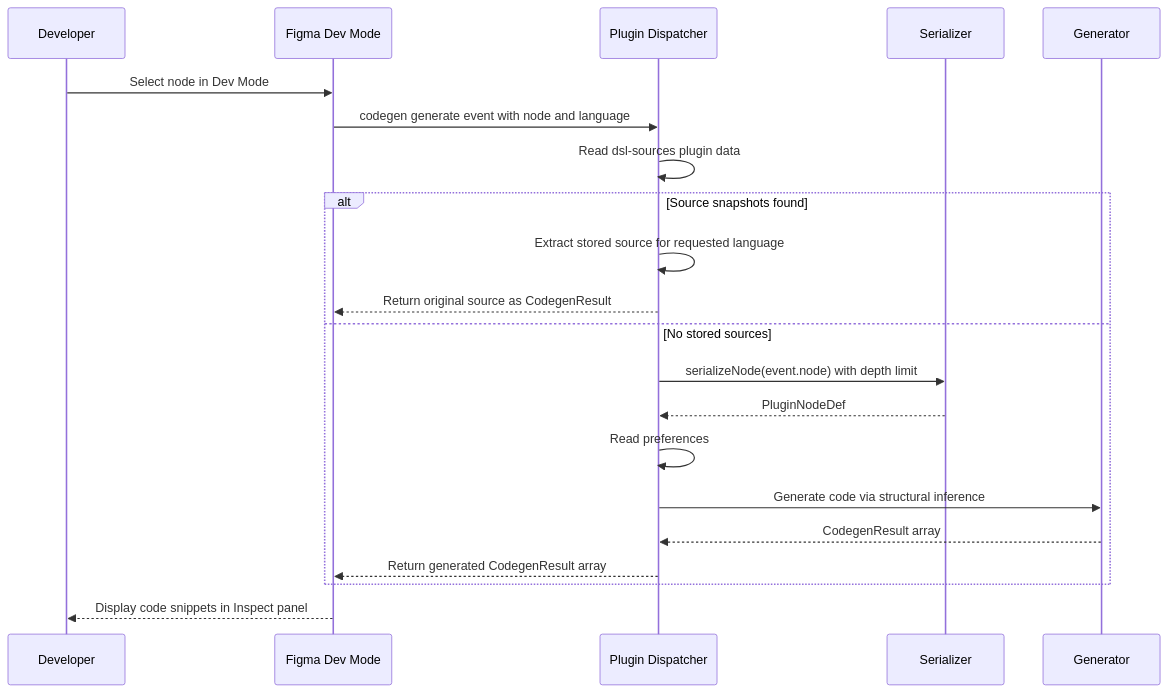
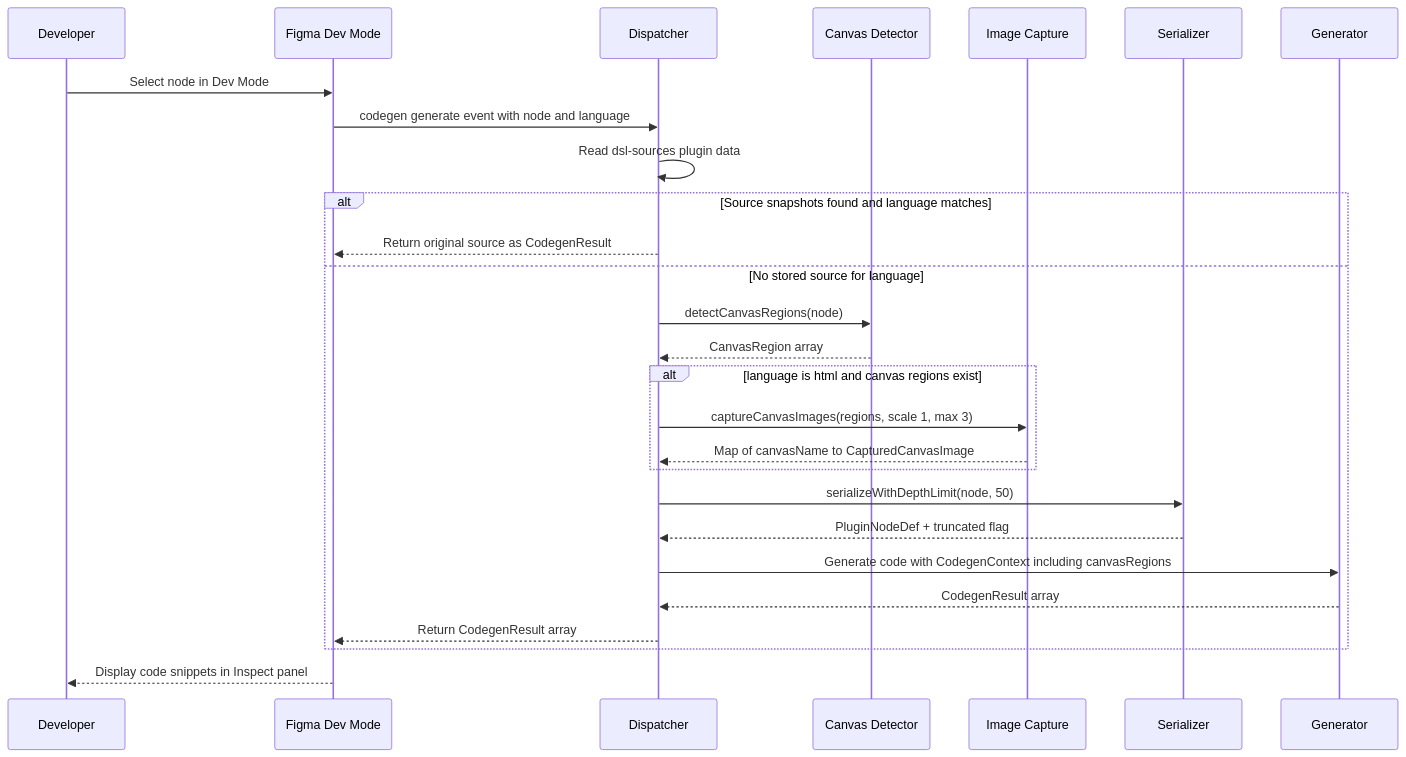
One commit to TETRA2000/figma-component-dsl changed the third of 3 diagrams in .kiro/specs/dev-mode-plugin/design.md. Above: the diagram before and after it, drawn with Mermaid. The commit also changed other lines of this file and 2 other files, not shown here.

First line of the commit message:
Generate Phase 2 design for DslCanvas support in Dev Mode codegen

````diff
--- a/.kiro/specs/dev-mode-plugin/design.md
+++ b/.kiro/specs/dev-mode-plugin/design.md
@@ -121,24 +133,30 @@
 ```mermaid
 sequenceDiagram
     participant Dev as Developer
     participant FM as Figma Dev Mode
-    participant P as Plugin Dispatcher
+    participant D as Dispatcher
+    participant CD as Canvas Detector
+    participant IC as Image Capture
     participant S as Serializer
     participant G as Generator
 
     Dev->>FM: Select node in Dev Mode
-    FM->>P: codegen generate event with node and language
-    P->>P: Read dsl-sources plugin data
-    alt Source snapshots found
-        P->>P: Extract stored source for requested language
-        P-->>FM: Return original source as CodegenResult
-    else No stored sources
-        P->>S: serializeNode(event.node) with depth limit
-        S-->>P: PluginNodeDef
-        P->>P: Read preferences
-        P->>G: Generate code via structural inference
-        G-->>P: CodegenResult array
-        P-->>FM: Return generated CodegenResult array
+    FM->>D: codegen generate event with node and language
+    D->>D: Read dsl-sources plugin data
+    alt Source snapshots found and language matches
+        D-->>FM: Return original source as CodegenResult
+    else No stored source for language
+        D->>CD: detectCanvasRegions(node)
+        CD-->>D: CanvasRegion array
+        alt language is html and canvas regions exist
+            D->>IC: captureCanvasImages(regions, scale 1, max 3)
+            IC-->>D: Map of canvasName to CapturedCanvasImage
+        end
+        D->>S: serializeWithDepthLimit(node, 50)
+        S-->>D: PluginNodeDef + truncated flag
+        D->>G: Generate code with CodegenContext including canvasRegions
+        G-->>D: CodegenResult array
+        D-->>FM: Return CodegenResult array
     end
     FM-->>Dev: Display code snippets in Inspect panel
 ```
````
